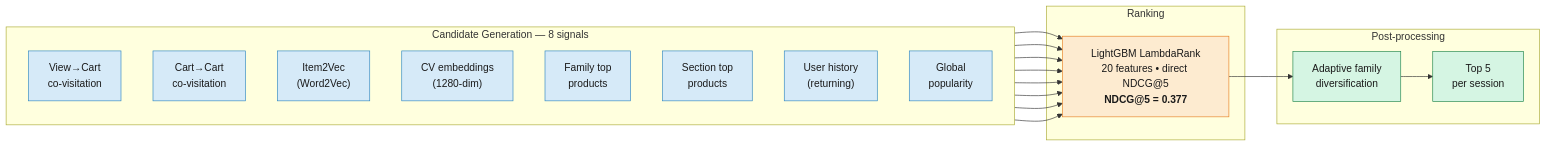
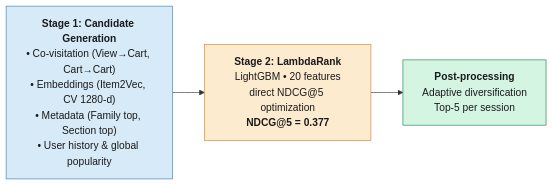
The diagram in README.md (mponsclo/session-recommender-lambdarank), drawn with Mermaid before and after one commit. The commit also changed other lines of this file and 1 other file, not shown here.

Commit message:
simplify Mermaid architecture and lineage diagrams
Flatten README architecture diagram into a 3-stage horizontal pipeline,
collapsing 8 candidate-source nodes into a single Stage 1 box with
bullet items. Avoids the subgraph title-overlap rendering issue on
GitHub.

Apply the same flattening to the dbt lineage diagram in
docs/1-data-pipeline.md, replacing the 17-node / 25-edge crossing
mess with a layer-level Staging -> Intermediate -> Marts -> Features
flow plus a dotted shortcut for staging-to-features reads.

Also list the legacy exploratory scripts (prepare_data, products_features,
user_segmentation) under src/models/ in the README project structure.

````diff
--- a/README.md
+++ b/README.md
@@ -46,37 +46,14 @@
 ```mermaid
-graph LR
-  subgraph Signals["Candidate Generation &mdash; 8 signals"]
-    direction TB
-    CoVis["View&rarr;Cart<br/>co-visitation"]:::storage
-    Cart2Cart["Cart&rarr;Cart<br/>co-visitation"]:::storage
-    Item2Vec["Item2Vec<br/>(Word2Vec)"]:::storage
-    CVEmb["CV embeddings<br/>(1280-dim)"]:::storage
-    FamTop["Family top<br/>products"]:::storage
-    SecTop["Section top<br/>products"]:::storage
-    UserHist["User history<br/>(returning)"]:::storage
-    Popular["Global<br/>popularity"]:::storage
-  end
+flowchart LR
+  CG["<b>Stage 1: Candidate Generation</b><br/>&bull; Co-visitation (View&rarr;Cart, Cart&rarr;Cart)<br/>&bull; Embeddings (Item2Vec, CV 1280-d)<br/>&bull; Metadata (Family top, Section top)<br/>&bull; User history &amp; global popularity"]:::storage
 
-  subgraph Ranking["Ranking"]
-    LGBM["LightGBM LambdaRank<br/>20 features &bull; direct NDCG@5<br/><b>NDCG@5 = 0.377</b>"]:::ml
-  end
+  LGBM["<b>Stage 2: LambdaRank</b><br/>LightGBM &bull; 20 features<br/>direct NDCG@5 optimization<br/><b>NDCG@5 = 0.377</b>"]:::ml
 
-  subgraph Post["Post-processing"]
-    Divers["Adaptive family<br/>diversification"]:::compute
-    Top5["Top 5<br/>per session"]:::compute
-  end
+  Post["<b>Post-processing</b><br/>Adaptive diversification<br/>Top-5 per session"]:::compute
 
-  CoVis --> LGBM
-  Cart2Cart --> LGBM
-  Item2Vec --> LGBM
-  CVEmb --> LGBM
-  FamTop --> LGBM
-  SecTop --> LGBM
-  UserHist --> LGBM
-  Popular --> LGBM
-  LGBM --> Divers --> Top5
+  CG --> LGBM --> Post
 
   classDef storage fill:#d6eaf8,stroke:#2e86c1,color:#1a1a1a
   classDef compute fill:#d5f5e3,stroke:#1e8449,color:#1a1a1a
   classDef ml fill:#fdebd0,stroke:#e67e22,color:#1a1a1a
 ```
````
